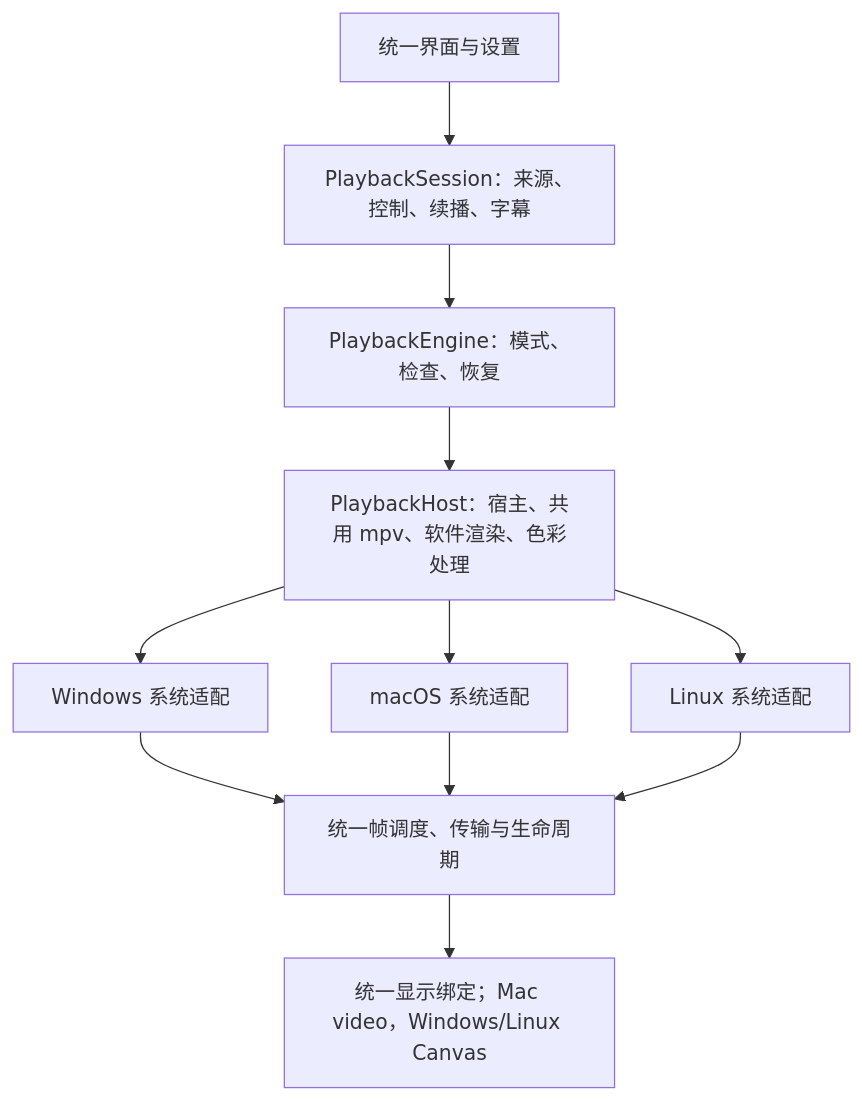
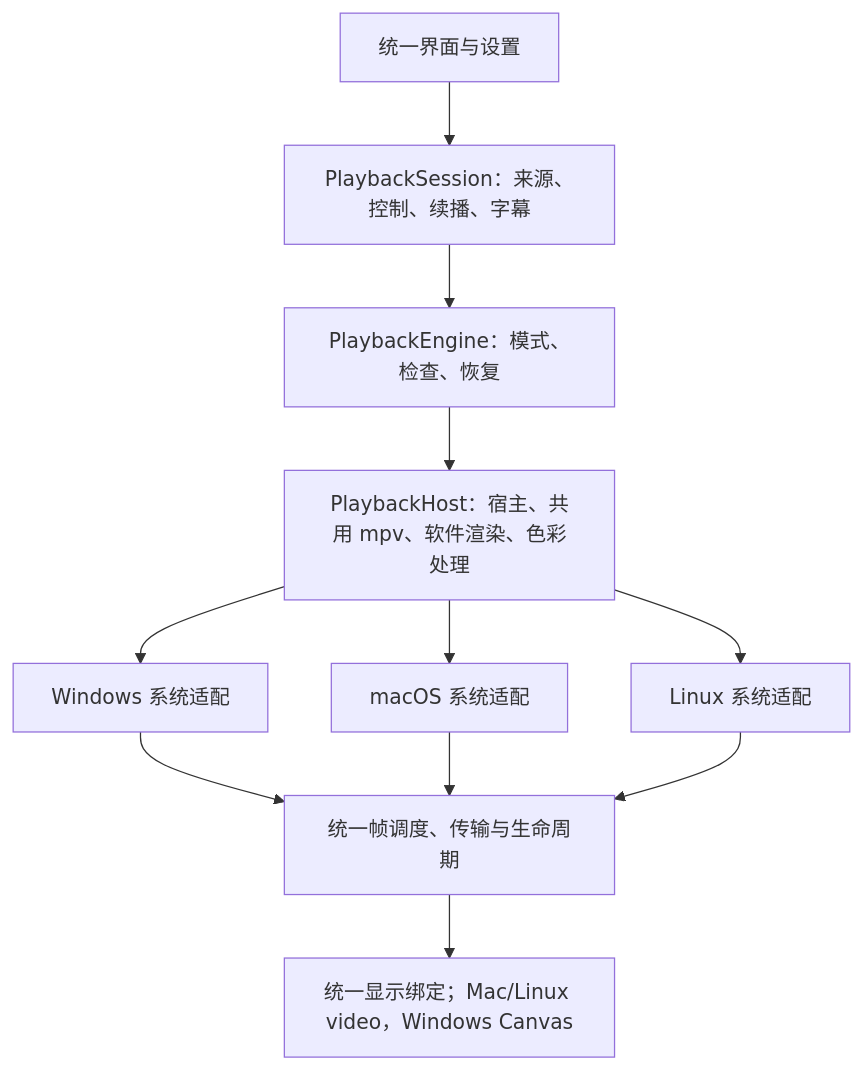
The diagram in docs/adr/0033-unify-desktop-playback-capabilities.md (JavdexLabs/Javdex), drawn with Mermaid before and after one commit. The commit also changed other lines of this file and 33 other files, not shown here.

First line of the commit message:
feat(playback): default Linux to direct decoding and video output

````diff
--- a/docs/adr/0033-unify-desktop-playback-capabilities.md
+++ b/docs/adr/0033-unify-desktop-playback-capabilities.md
@@ -54,13 +56,13 @@
 ```mermaid
 flowchart TD
     UI["统一界面与设置"] --> Session["PlaybackSession：来源、控制、续播、字幕"]
     Session --> Engine["PlaybackEngine：模式、检查、恢复"]
     Engine --> Host["PlaybackHost：宿主、共用 mpv、软件渲染、色彩处理"]
     Host --> Win["Windows 系统适配"]
     Host --> Mac["macOS 系统适配"]
     Host --> Linux["Linux 系统适配"]
     Win --> Frames["统一帧调度、传输与生命周期"]
     Mac --> Frames
     Linux --> Frames
-    Frames --> Display["统一显示绑定；Mac video，Windows/Linux Canvas"]
+    Frames --> Display["统一显示绑定；Mac/Linux video，Windows Canvas"]
 ```
````
